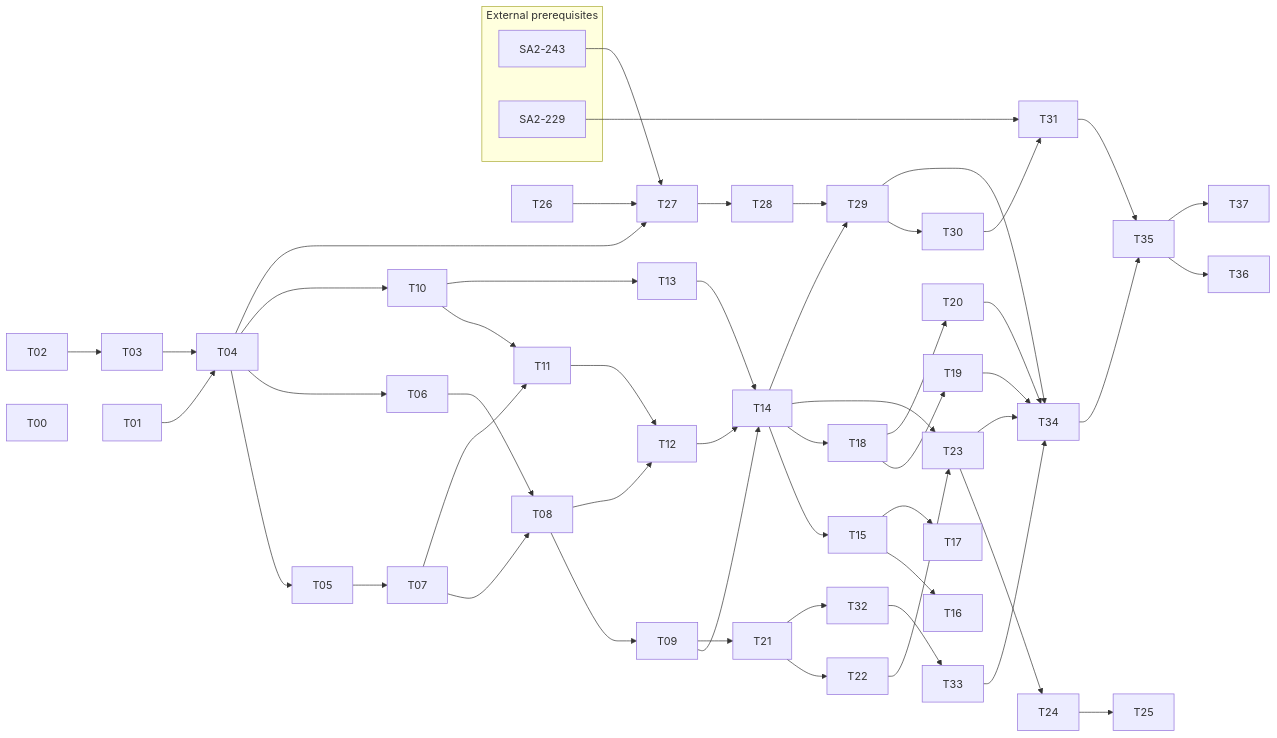
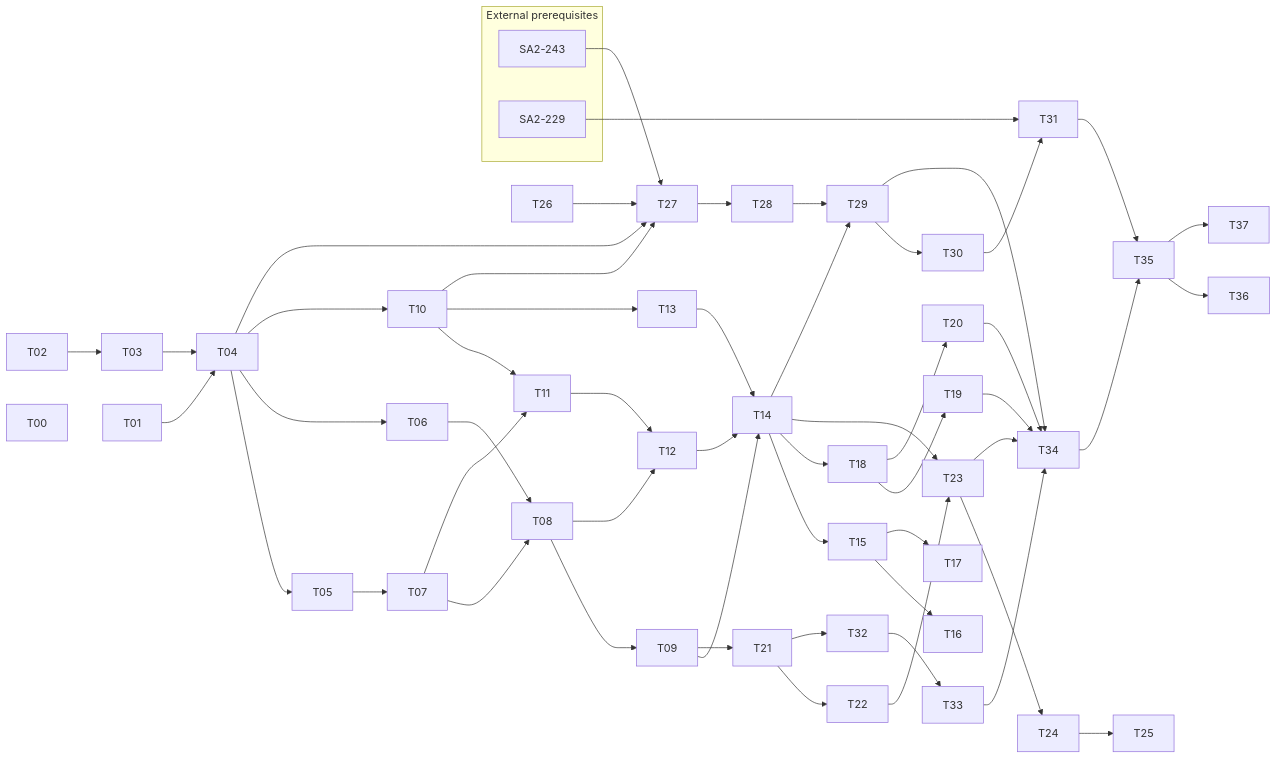
One commit to HIRO15254/sapphire2 changed the second of 2 diagrams in docs/design/data-model-v2.md. Above: the diagram before and after it, drawn with Mermaid. The commit also changed other lines of this file, not shown here.

````diff
--- a/docs/design/data-model-v2.md
+++ b/docs/design/data-model-v2.md
@@ -1100,59 +1105,60 @@
 ```mermaid
 flowchart LR
     subgraph ext [External prerequisites]
         SA2_243["SA2-243"]
         SA2_229["SA2-229"]
     end
 
     T02 --> T03
     T01 --> T04
     T03 --> T04
     T04 --> T05
     T04 --> T06
     T05 --> T07
     T06 --> T08
     T07 --> T08
     T08 --> T09
     T04 --> T10
     T07 --> T11
     T10 --> T11
     T08 --> T12
     T11 --> T12
     T10 --> T13
     T09 --> T14
     T12 --> T14
     T13 --> T14
     T14 --> T15
     T15 --> T16
     T15 --> T17
     T14 --> T18
     T18 --> T19
     T18 --> T20
     T09 --> T21
     T21 --> T22
     T14 --> T23
     T22 --> T23
     T23 --> T24
     T24 --> T25
     T04 --> T27
+    T10 --> T27
     T26 --> T27
     SA2_243 --> T27
     T27 --> T28
     T14 --> T29
     T28 --> T29
     T29 --> T30
     T30 --> T31
     SA2_229 --> T31
     T21 --> T32
     T32 --> T33
     T19 --> T34
     T20 --> T34
     T23 --> T34
     T29 --> T34
     T33 --> T34
     T31 --> T35
     T34 --> T35
     T35 --> T36
     T35 --> T37
     T00
 ```
````
